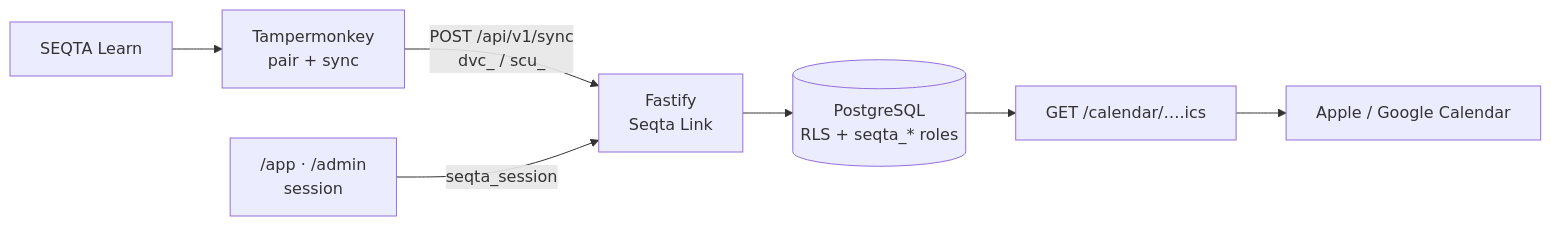
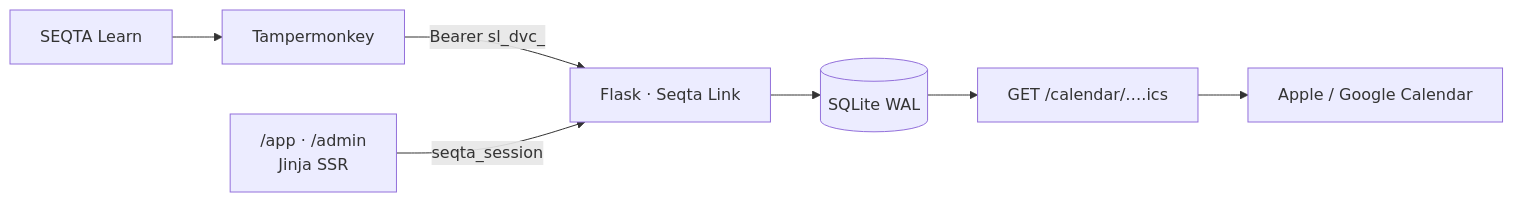
Before and after one commit to Nardo021/SEQTA-Link: the diagram in README.md, drawn with Mermaid. The commit also changed other lines of this file and 206 other files, not shown here.

First line of the commit message:
Release Seqta Link 3.1.1 with Flask/SQLite rewrite and accessible Jinja portals.

````diff
--- a/README.md
+++ b/README.md
@@ -22,17 +26,17 @@
 ```mermaid
 flowchart LR
   SEQTA[SEQTA Learn]
-  TM[Tampermonkey<br/>pair + sync]
-  Portal["/app · /admin<br/>session"]
-  API[Fastify<br/>Seqta Link]
-  PG[(PostgreSQL<br/>RLS + seqta_* roles)]
+  TM[Tampermonkey]
+  Portal["/app · /admin<br/>Jinja SSR"]
+  API[Flask · Seqta Link]
+  DB[(SQLite WAL)]
   ICS["GET /calendar/….ics"]
   Cal[Apple / Google Calendar]
 
   SEQTA --> TM
-  TM -->|"POST /api/v1/sync<br/>dvc_ / scu_"| API
+  TM -->|"Bearer sl_dvc_"| API
   Portal -->|"seqta_session"| API
-  API --> PG
-  PG --> ICS
+  API --> DB
+  DB --> ICS
   ICS --> Cal
 ```
````
